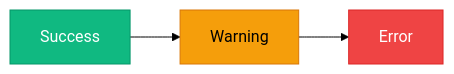
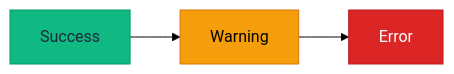
Before and after one commit to tech-leads-club/agent-skills: the second of 27 diagrams in packages/skills-catalog/skills/(tooling)/mermaid-studio/references/diagram-types.md, drawn with Mermaid (forest theme). The commit also changed other lines of this file and 6 other files, not shown here.

First line of the commit message:
fix(skills-catalog): ensure readable mermaid light palettes

````diff
--- a/packages/skills-catalog/skills/(tooling)/mermaid-studio/references/diagram-types.md
+++ b/packages/skills-catalog/skills/(tooling)/mermaid-studio/references/diagram-types.md
@@ -90,8 +90,8 @@
 ```mermaid
 flowchart LR
     A[Success]:::success --> B[Warning]:::warning --> C[Error]:::error
 
-    classDef success fill:#10b981,stroke:#059669,color:#fff
+    classDef success fill:#10b981,stroke:#059669,color:#1e293b
     classDef warning fill:#f59e0b,stroke:#d97706,color:#000
-    classDef error fill:#ef4444,stroke:#dc2626,color:#fff
+    classDef error fill:#dc2626,stroke:#b91c1c,color:#fff
 ```
````
